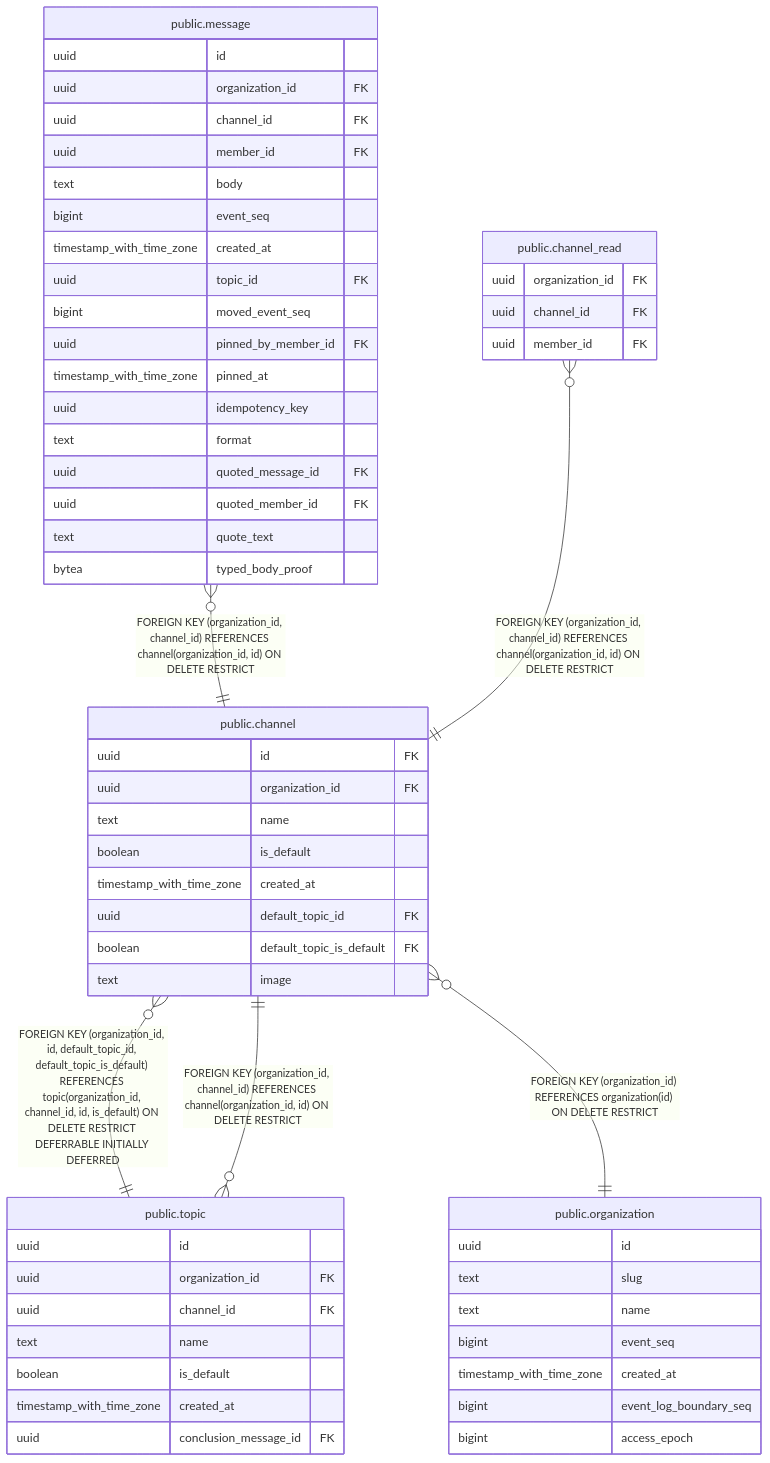
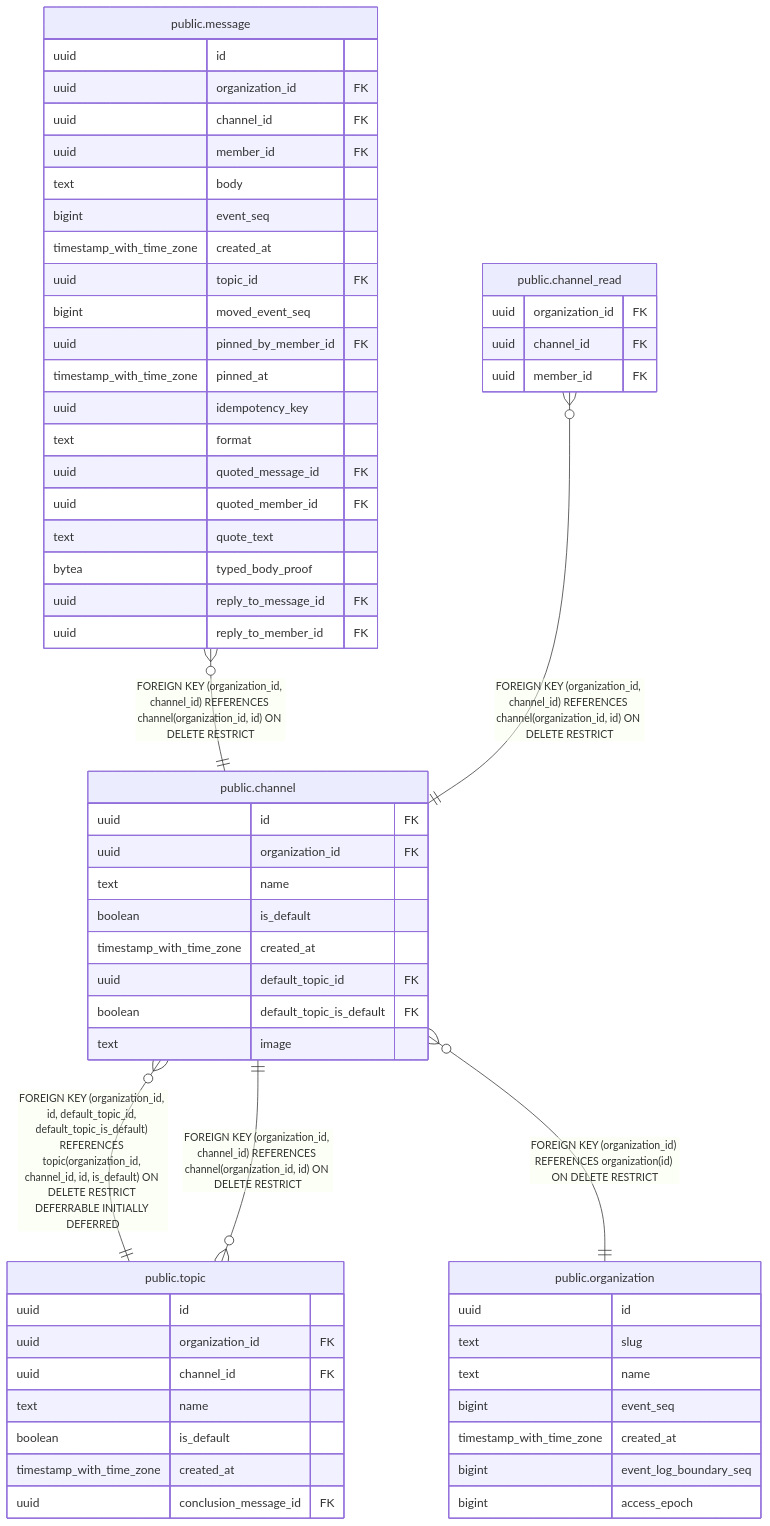
Before and after one commit to tkakkie/ribbitto: the diagram in docs/schema/public.channel.md, drawn with Mermaid. The commit also changed 39 other files, not shown here.

````diff
--- a/docs/schema/public.channel.md
+++ b/docs/schema/public.channel.md
@@ -46,62 +46,64 @@
 ```mermaid
 erDiagram
 
 "public.channel" }o--|| "public.topic" : "FOREIGN KEY (organization_id, id, default_topic_id, default_topic_is_default) REFERENCES topic(organization_id, channel_id, id, is_default) ON DELETE RESTRICT DEFERRABLE INITIALLY DEFERRED"
 "public.message" }o--|| "public.channel" : "FOREIGN KEY (organization_id, channel_id) REFERENCES channel(organization_id, id) ON DELETE RESTRICT"
 "public.topic" }o--|| "public.channel" : "FOREIGN KEY (organization_id, channel_id) REFERENCES channel(organization_id, id) ON DELETE RESTRICT"
 "public.channel_read" }o--|| "public.channel" : "FOREIGN KEY (organization_id, channel_id) REFERENCES channel(organization_id, id) ON DELETE RESTRICT"
 "public.channel" }o--|| "public.organization" : "FOREIGN KEY (organization_id) REFERENCES organization(id) ON DELETE RESTRICT"
 
 "public.channel" {
   uuid id FK
   uuid organization_id FK
   text name
   boolean is_default
   timestamp_with_time_zone created_at
   uuid default_topic_id FK
   boolean default_topic_is_default FK
   text image
 }
 "public.topic" {
   uuid id
   uuid organization_id FK
   uuid channel_id FK
   text name
   boolean is_default
   timestamp_with_time_zone created_at
   uuid conclusion_message_id FK
 }
 "public.message" {
   uuid id
   uuid organization_id FK
   uuid channel_id FK
   uuid member_id FK
   text body
   bigint event_seq
   timestamp_with_time_zone created_at
   uuid topic_id FK
   bigint moved_event_seq
   uuid pinned_by_member_id FK
   timestamp_with_time_zone pinned_at
   uuid idempotency_key
   text format
   uuid quoted_message_id FK
   uuid quoted_member_id FK
   text quote_text
   bytea typed_body_proof
+  uuid reply_to_message_id FK
+  uuid reply_to_member_id FK
 }
 "public.channel_read" {
   uuid organization_id FK
   uuid channel_id FK
   uuid member_id FK
 }
 "public.organization" {
   uuid id
   text slug
   text name
   bigint event_seq
   timestamp_with_time_zone created_at
   bigint event_log_boundary_seq
   bigint access_epoch
 }
 ```
````
